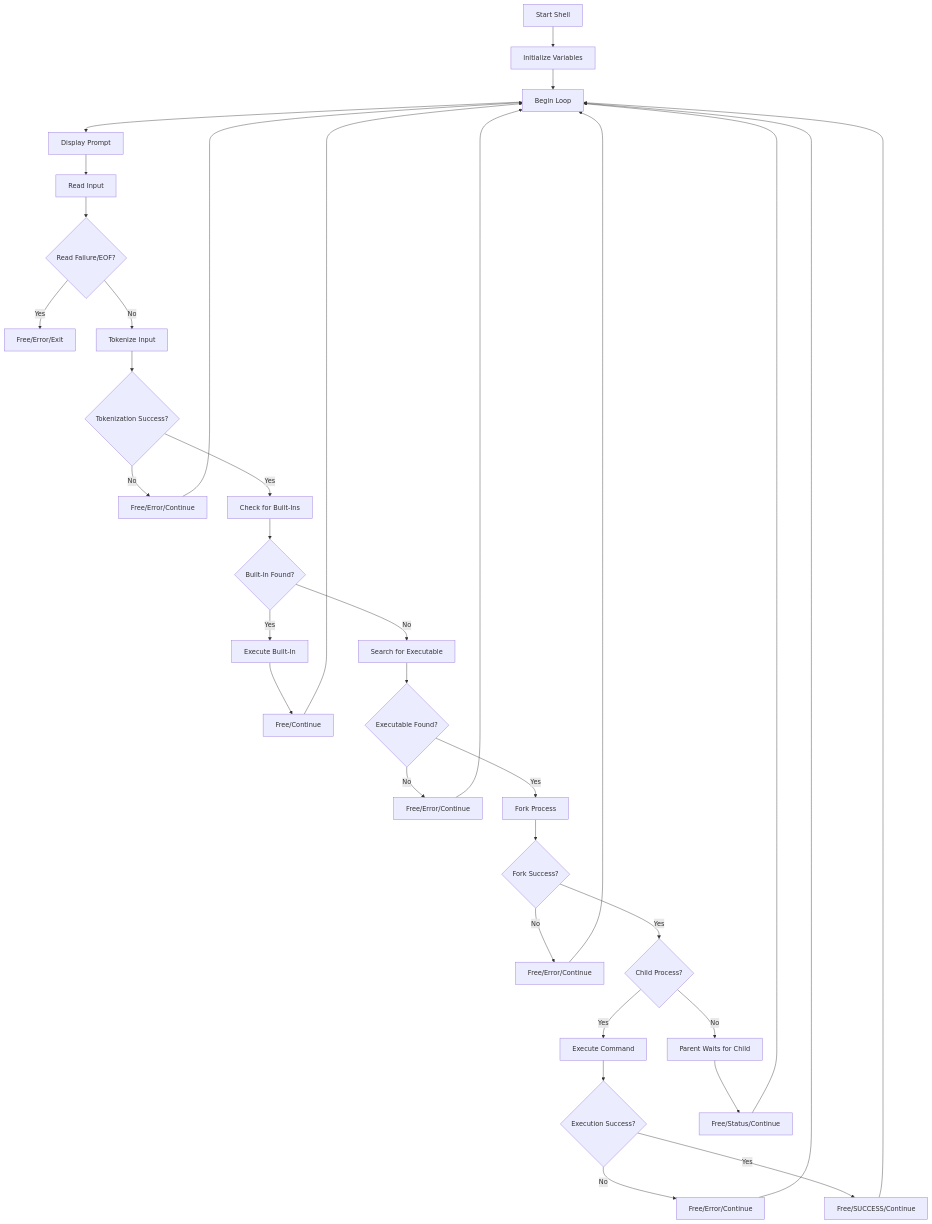
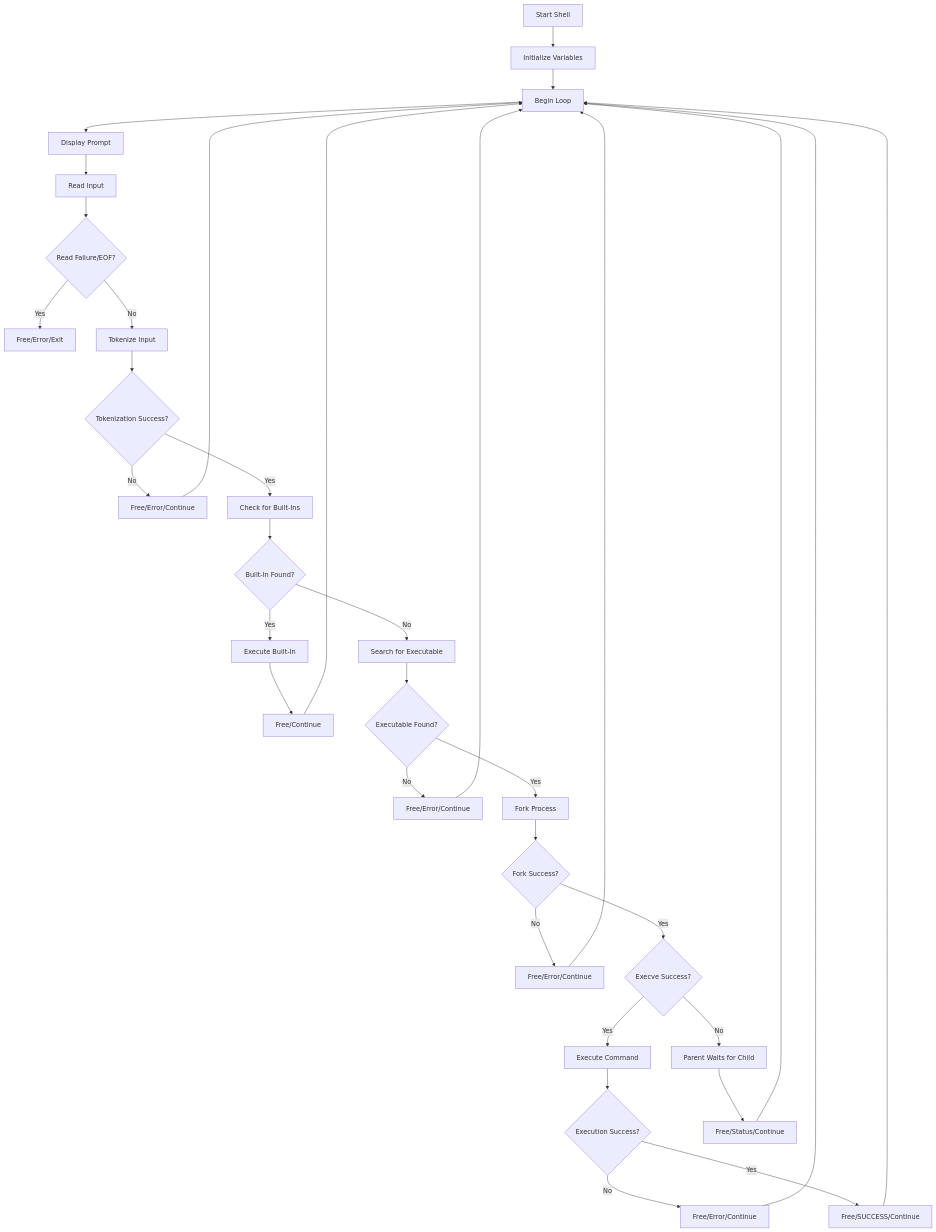
One commit to seer9/atlas-simple_shell changed the diagram in README.md. Above: the diagram before and after it, drawn with Mermaid.

Commit message:
flowchart

````diff
--- a/README.md
+++ b/README.md
@@ -44,36 +44,36 @@
 ```mermaid
 flowchart TB
 	A[Start Shell] --> B[Initialize Variables]
 	B --> C[Begin Loop]
 	C --> D[Display Prompt]
 	D --> E[Read Input]
 	E --> F{Read Failure/EOF?}
 	F -- Yes --> G[Free/Error/Exit]
 	F -- No --> H[Tokenize Input]
 	H --> I{Tokenization Success?}
 	I -- No --> J[Free/Error/Continue]
 	I -- Yes --> K[Check for Built-Ins]
 	K --> L{Built-In Found?}
 	L -- Yes --> M[Execute Built-In]
 	M --> N[Free/Continue]
 	L -- No --> O[Search for Executable]
 	O --> P{Executable Found?}
 	P -- No --> Q[Free/Error/Continue]
 	P -- Yes --> R[Fork Process]
 	R --> S{Fork Success?}
 	S -- No --> T[Free/Error/Continue]
-	S -- Yes --> U{Child Process?}
+	S -- Yes --> U{Execve Success?}
 	U -- Yes --> Z[Execute Command]
 	Z --> W{Execution Success?}
 	W -- No --> X[Free/Error/Continue]
 	W -- Yes --> Y[Free/SUCCESS/Continue]
 	U -- No --> V[Parent Waits for Child]
 	V --> AA[Free/Status/Continue]
 	AA --> C
 	J --> C
 	N --> C
 	Q --> C
 	T --> C
 	X --> C
 	Y --> C
 ```
````
